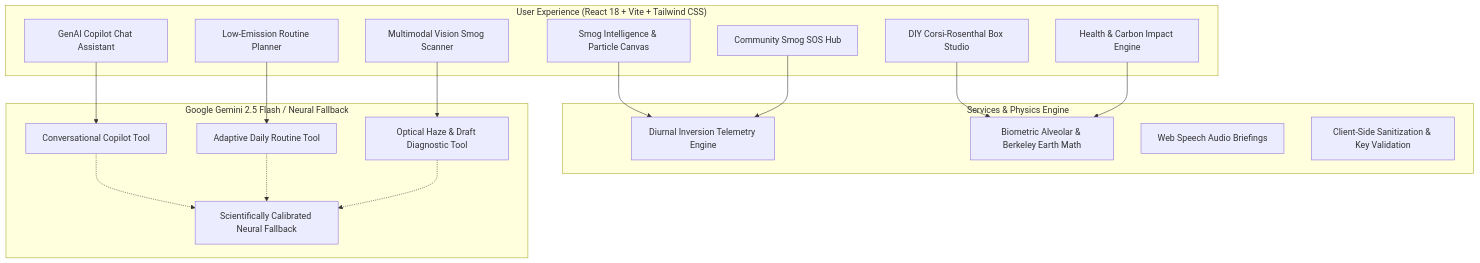
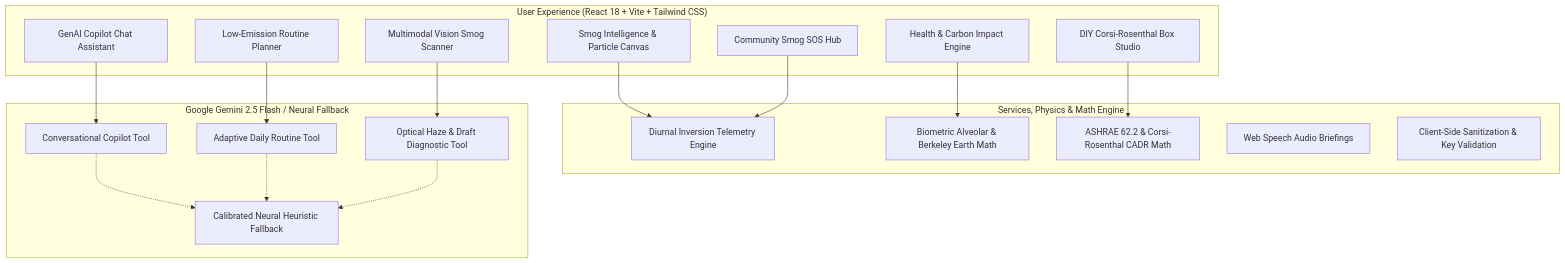
One commit to subho178/AeroSense-AI changed the diagram in README.md. Above: the diagram before and after it, drawn with Mermaid. The commit also changed other lines of this file and 21 other files, not shown here.

````diff
--- a/README.md
+++ b/README.md
@@ -47,37 +48,38 @@
 ```mermaid
 flowchart TD
     subgraph UI ["User Experience (React 18 + Vite + Tailwind CSS)"]
         A[Smog Intelligence & Particle Canvas]
         B[GenAI Copilot Chat Assistant]
         C[Low-Emission Routine Planner]
         D[DIY Corsi-Rosenthal Box Studio]
         E[Multimodal Vision Smog Scanner]
         F[Health & Carbon Impact Engine]
         G[Community Smog SOS Hub]
     end
 
-    subgraph CoreEngine ["Services & Physics Engine"]
+    subgraph CoreEngine ["Services, Physics & Math Engine"]
         AQI[Diurnal Inversion Telemetry Engine]
         MathEngine[Biometric Alveolar & Berkeley Earth Math]
+        IAQEngine[ASHRAE 62.2 & Corsi-Rosenthal CADR Math]
         VoiceService[Web Speech Audio Briefings]
         SecurityUtil[Client-Side Sanitization & Key Validation]
     end
 
     subgraph GenAI ["Google Gemini 2.5 Flash / Neural Fallback"]
         ChatGen[Conversational Copilot Tool]
         RoutineGen[Adaptive Daily Routine Tool]
         VisionGen[Optical Haze & Draft Diagnostic Tool]
-        LocalFallback[Scientifically Calibrated Neural Fallback]
+        LocalFallback[Calibrated Neural Heuristic Fallback]
     end
 
     A --> AQI
     B --> ChatGen
     C --> RoutineGen
-    D --> MathEngine
+    D --> IAQEngine
     E --> VisionGen
     F --> MathEngine
     G --> AQI
     ChatGen -.-> LocalFallback
     RoutineGen -.-> LocalFallback
     VisionGen -.-> LocalFallback
 ```
````
